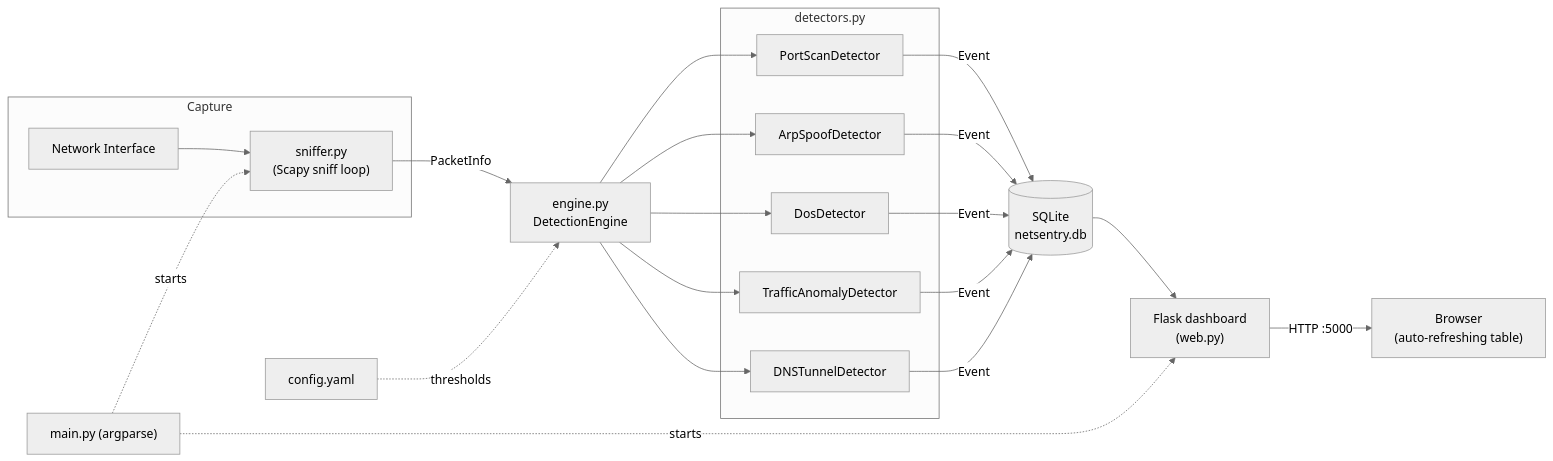
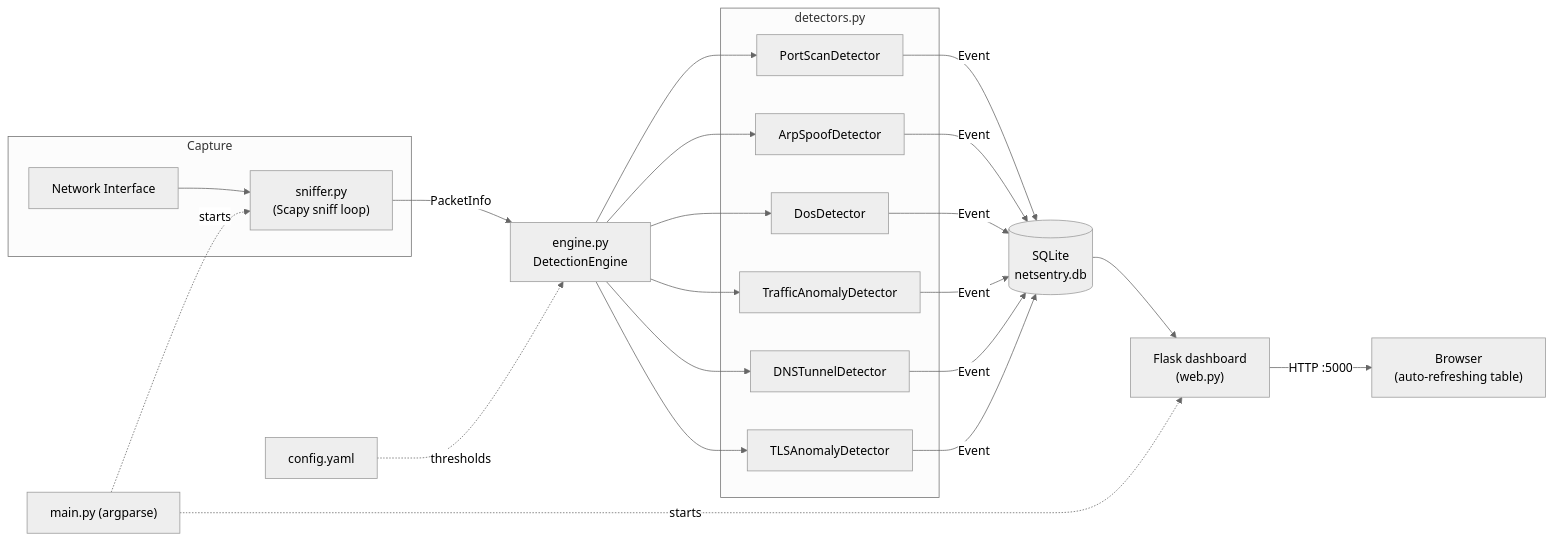
Before and after one commit to Deipedra34/NetSentry: the diagram in README.md, drawn with Mermaid (neutral theme). The commit also changed other lines of this file and 11 other files, not shown here.

````diff
--- a/README.md
+++ b/README.md
@@ -43,35 +44,38 @@
 ```mermaid
 flowchart LR
     subgraph Capture
         NIC["Network Interface"] --> Sniffer["sniffer.py\n(Scapy sniff loop)"]
     end
 
     Sniffer -->|"PacketInfo"| Engine["engine.py\nDetectionEngine"]
 
     subgraph Detectors["detectors.py"]
         PS["PortScanDetector"]
         ARP["ArpSpoofDetector"]
         DOS["DosDetector"]
         ANOM["TrafficAnomalyDetector"]
         DNS["DNSTunnelDetector"]
+        TLS["TLSAnomalyDetector"]
     end
 
     Engine --> PS
     Engine --> ARP
     Engine --> DOS
     Engine --> ANOM
     Engine --> DNS
+    Engine --> TLS
 
     PS -->|"Event"| DB[("SQLite\nnetsentry.db")]
     ARP -->|"Event"| DB
     DOS -->|"Event"| DB
     ANOM -->|"Event"| DB
     DNS -->|"Event"| DB
+    TLS -->|"Event"| DB
 
     DB --> Web["Flask dashboard\n(web.py)"]
     Web -->|"HTTP :5000"| Browser["Browser\n(auto-refreshing table)"]
 
     Config["config.yaml"] -.thresholds.-> Engine
     CLI["main.py (argparse)"] -.starts.-> Sniffer
     CLI -.starts.-> Web
 ```
````
